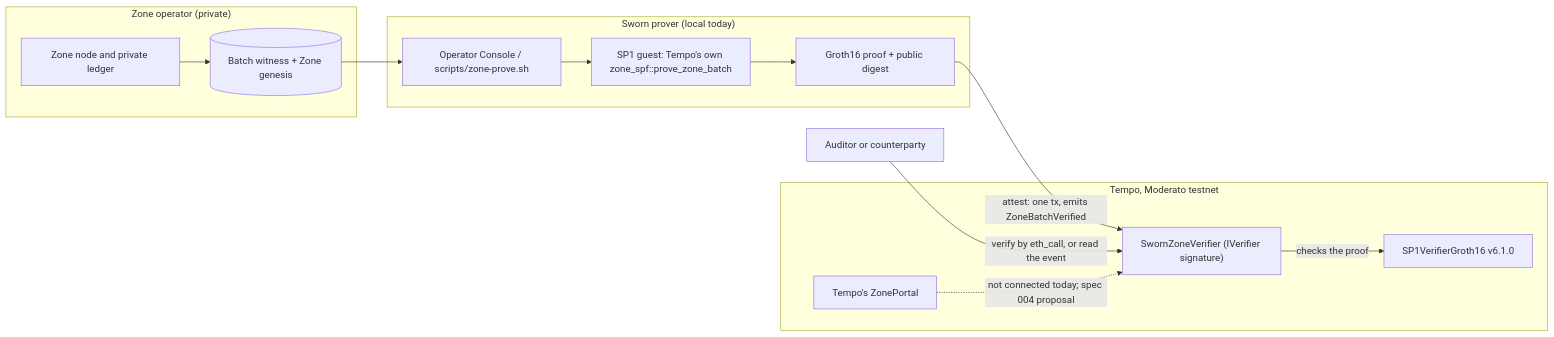
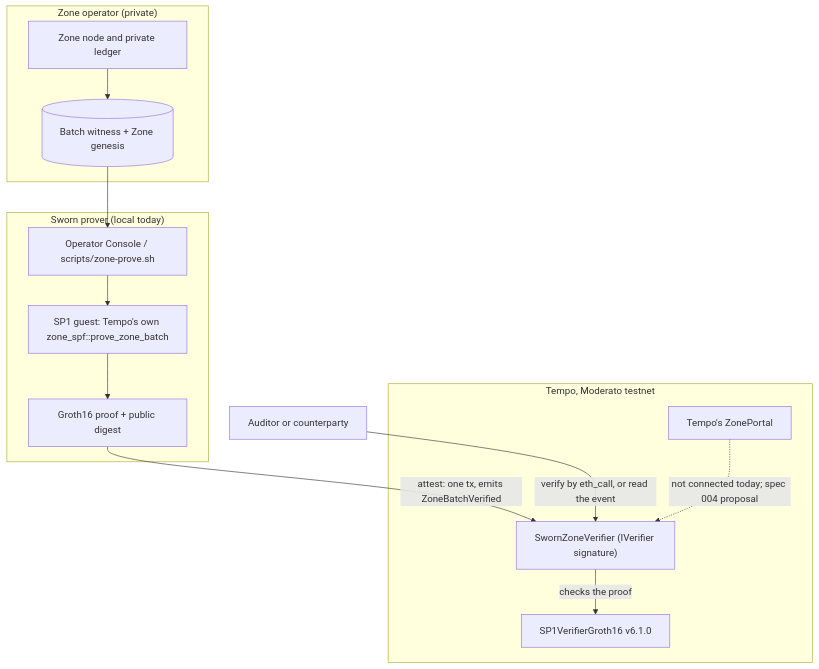
Before and after one commit to psyto/sworn: the first of 3 diagrams in README.md, drawn with Mermaid.

Commit message:
README: system overview diagram top-to-bottom for legibility

````diff
--- a/README.md
+++ b/README.md
@@ -52,23 +52,23 @@
 ```mermaid
-flowchart LR
+flowchart TB
   subgraph OP["Zone operator (private)"]
     ZN["Zone node and private ledger"]
     W[("Batch witness + Zone genesis")]
   end
   subgraph SW["Sworn prover (local today)"]
     C["Operator Console / scripts/zone-prove.sh"]
     G["SP1 guest: Tempo's own zone_spf::prove_zone_batch"]
     P["Groth16 proof + public digest"]
   end
   subgraph T["Tempo, Moderato testnet"]
     V["SwornZoneVerifier (IVerifier signature)"]
     S["SP1VerifierGroth16 v6.1.0"]
     ZP["Tempo's ZonePortal"]
   end
   R["Auditor or counterparty"]
   ZN --> W --> C --> G --> P
   P -->|"attest: one tx, emits ZoneBatchVerified"| V
   V -->|"checks the proof"| S
   R -->|"verify by eth_call, or read the event"| V
   ZP -.->|"not connected today; spec 004 proposal"| V
 ```
````
